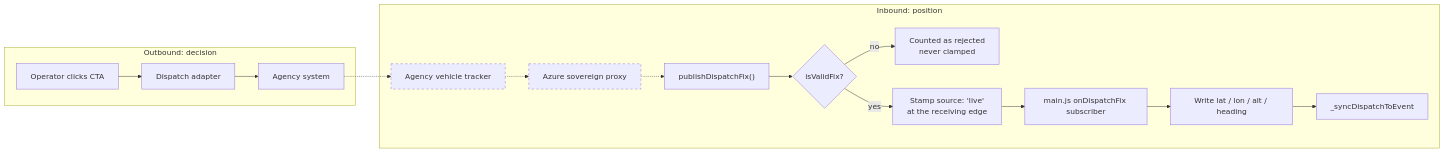
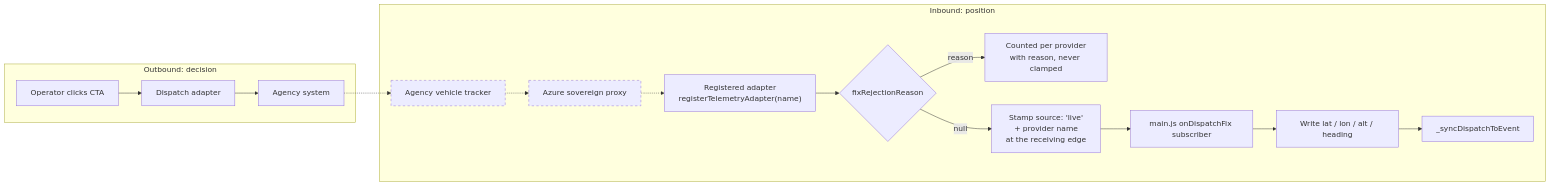
One commit to Luckyluc321/ISR-Systems-c2-platform changed the second of 2 diagrams in docs/agentic-dispatch-adapter-architecture.md. Above: the diagram before and after it, drawn with Mermaid. The commit also changed other lines of this file and 3 other files, not shown here.

First line of the commit message:
refactor: dispatch telemetry becomes a registry, and altitude must declare its datum

````diff
--- a/docs/agentic-dispatch-adapter-architecture.md
+++ b/docs/agentic-dispatch-adapter-architecture.md
@@ -172,20 +172,20 @@
 ```mermaid
 flowchart LR
     subgraph OUT[Outbound: decision]
       CTA[Operator clicks CTA] --> ADP[Dispatch adapter] --> API[Agency system]
     end
     subgraph IN[Inbound: position]
       TRK[Agency vehicle tracker] -.-> AZ2[Azure sovereign proxy]
-      AZ2 -.-> PUB["publishDispatchFix()"]
-      PUB --> VAL{isValidFix?}
-      VAL -->|no| DROP[Counted as rejected<br/>never clamped]
-      VAL -->|yes| STAMP["Stamp source: 'live'<br/>at the receiving edge"]
+      AZ2 -.-> ADP2["Registered adapter<br/>registerTelemetryAdapter(name)"]
+      ADP2 --> VAL{fixRejectionReason}
+      VAL -->|reason| DROP[Counted per provider<br/>with reason, never clamped]
+      VAL -->|null| STAMP["Stamp source: 'live'<br/>+ provider name<br/>at the receiving edge"]
       STAMP --> SUB["main.js onDispatchFix subscriber"]
       SUB --> POS[Write lat / lon / alt / heading]
       POS --> SYNC["_syncDispatchToEvent"]
     end
     API -.-> TRK
 
     style TRK stroke-dasharray: 5 5
     style AZ2 stroke-dasharray: 5 5
 ```
````
